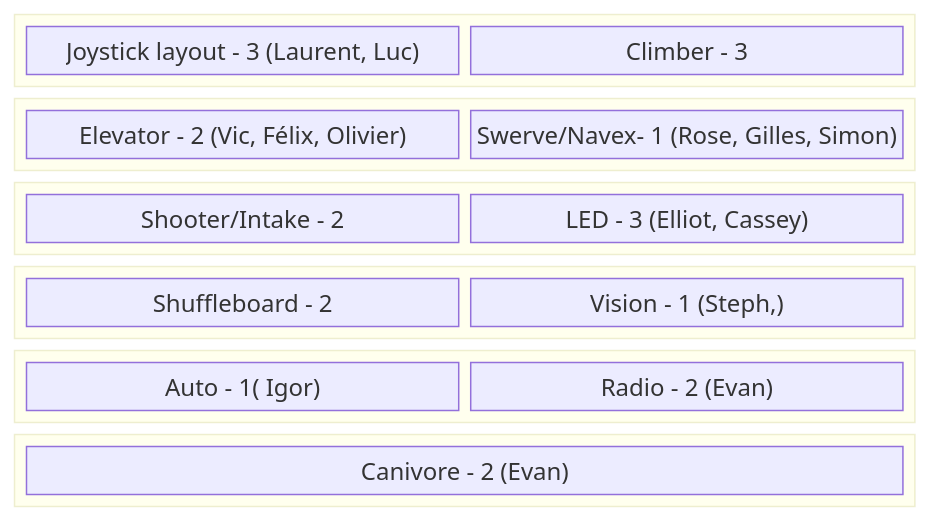
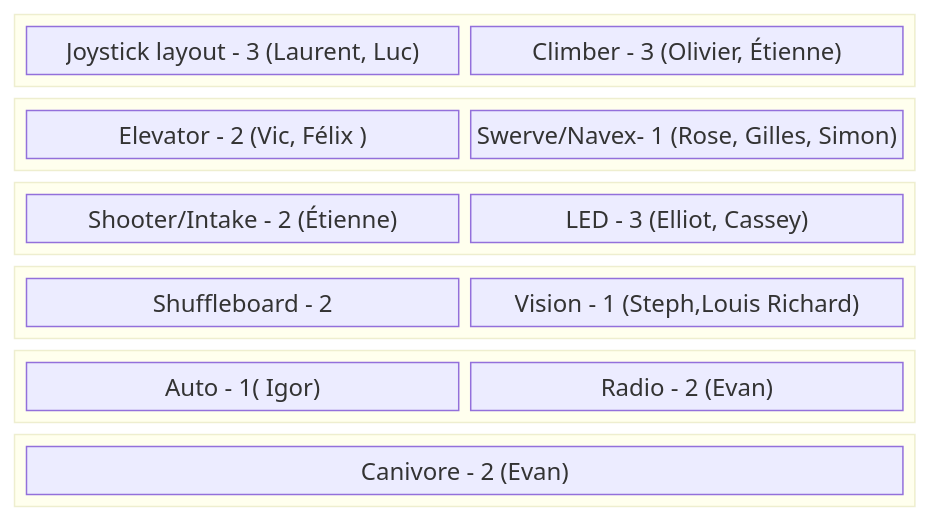
One commit to simonjub/2024-crescendo-take2 changed the diagram in doc/subsystems_assignment.md. Above: the diagram before and after it, drawn with Mermaid.

Commit message:
update to subsystems assignment

```diff
--- a/doc/subsystems_assignment.md
+++ b/doc/subsystems_assignment.md
@@ -8,32 +8,32 @@
 ::: mermaid
 block-beta
 columns 1
   block:row1
     A["Joystick layout - 3 (Laurent, Luc)"]
-    B["Climber - 3"]
+    B["Climber - 3 (Olivier, Étienne)"]
   end
 
   block:row2
-    C["Elevator - 2 (Vic, Félix, Olivier)"]
+    C["Elevator - 2 (Vic, Félix )"]
     D["Swerve/Navex- 1 (Rose, Gilles, Simon)"]
   end
 
   block:row3
-    E["Shooter/Intake - 2"]
+    E["Shooter/Intake - 2 (Étienne)"]
     F["LED - 3 (Elliot, Cassey)"]
   end
   
   block:row4
     G["Shuffleboard - 2"]
-    H["Vision - 1 (Steph,) "]
+    H["Vision - 1 (Steph,Louis Richard) "]
   end
 
   block:row5
     I["Auto - 1( Igor)"]
     J["Radio - 2 (Evan)"]
   end
 
   block:row6
     K["Canivore - 2 (Evan)"]
   end
 :::
```
